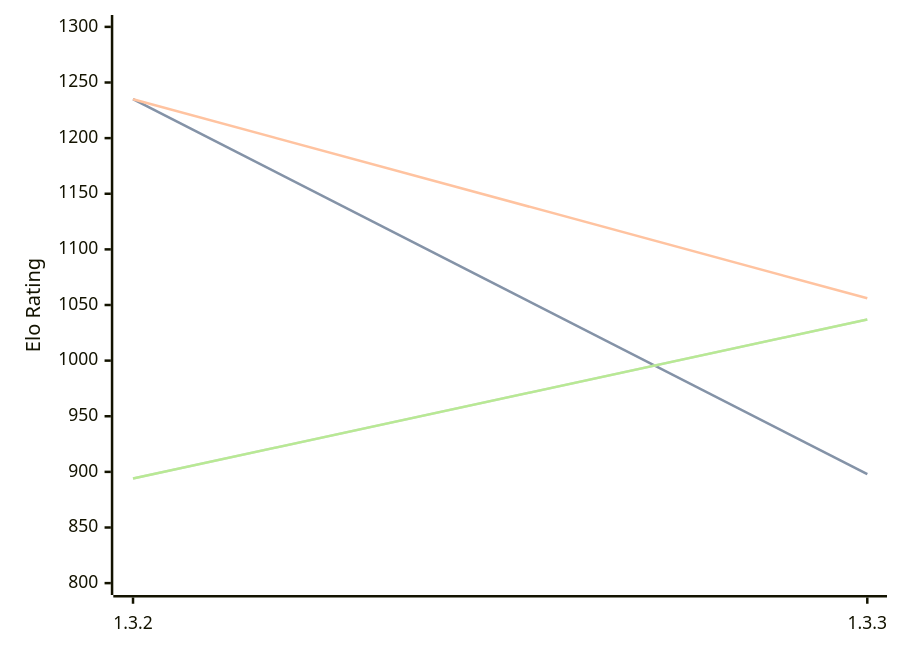
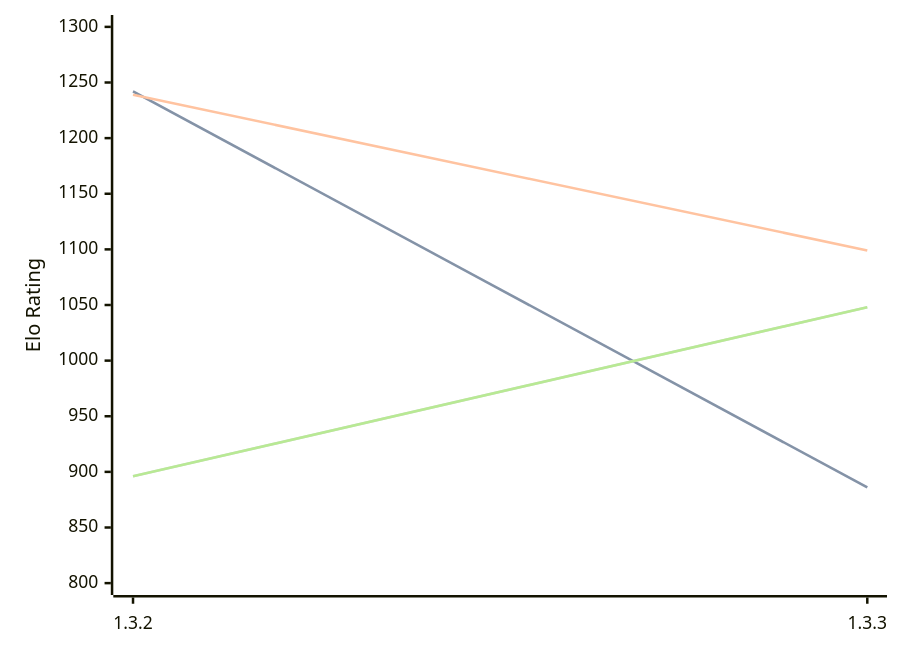
The diagram in engines/Whitespine.md (computer-chess-index/cci), drawn with Mermaid before and after one commit. The commit also changed other lines of this file, not shown here.

Commit message:
Update CCI Ratings (ELO VLTC) - 2026-04-18

````diff
--- a/engines/Whitespine.md
+++ b/engines/Whitespine.md
@@ -35,11 +35,11 @@
 ```mermaid
 %%{init: {"theme":"base","themeVariables":{"seriesColors:['#a3a3a3','#222221','#faa371']}}}%%
 xychart-beta
   x-axis ["1.3.2", "1.3.3"]
   y-axis "Elo Rating" 800 --> 1300
-  line "STC (8.0+0.08s)" [1235, 898]
-  line "STC (8.0+0.08s)" [1235, 898]
-  line "LTC (60.0+0.60s)" [1235, 1056]
-  line "VLTC (2m24s+1.12s)" [894, 1037]
-  line "VLTC (2m24s+1.12s)" [894, 1037]
+  line "STC (8.0+0.08s)" [1242, 886]
+  line "STC (8.0+0.08s)" [1242, 886]
+  line "LTC (60.0+0.60s)" [1239, 1099]
+  line "VLTC (2m24s+1.12s)" [896, 1048]
+  line "VLTC (2m24s+1.12s)" [896, 1048]
 ```
````
